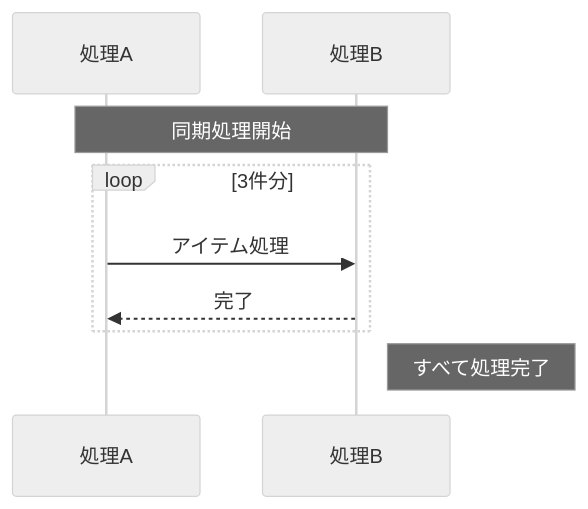
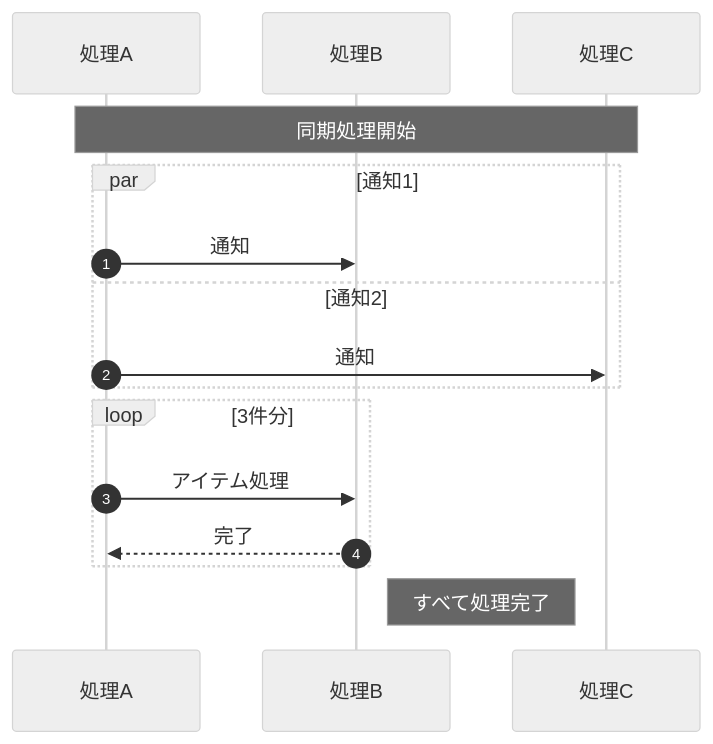
Before and after one commit to daidaiiro-519/has-udd: the eighth of 8 diagrams in .claude/skills/mermaid-guide/references/pattern-sequence.md, drawn with Mermaid (neutral theme). The commit also changed other lines of this file and 26 other files, not shown here.

````diff
--- a/.claude/skills/mermaid-guide/references/pattern-sequence.md
+++ b/.claude/skills/mermaid-guide/references/pattern-sequence.md
@@ -81,12 +368,20 @@
 ```mermaid
 sequenceDiagram
+    autonumber
     participant A as 処理A
     participant B as 処理B
+    participant C as 処理C
 
-    Note over A,B: 同期処理開始
+    Note over A,C: 同期処理開始
+    par 通知1
+        A->>B: 通知
+    and 通知2
+        A->>C: 通知
+    end
+
     loop 3件分
         A->>B: アイテム処理
         B-->>A: 完了
     end
     Note right of B: すべて処理完了
 ```
````
